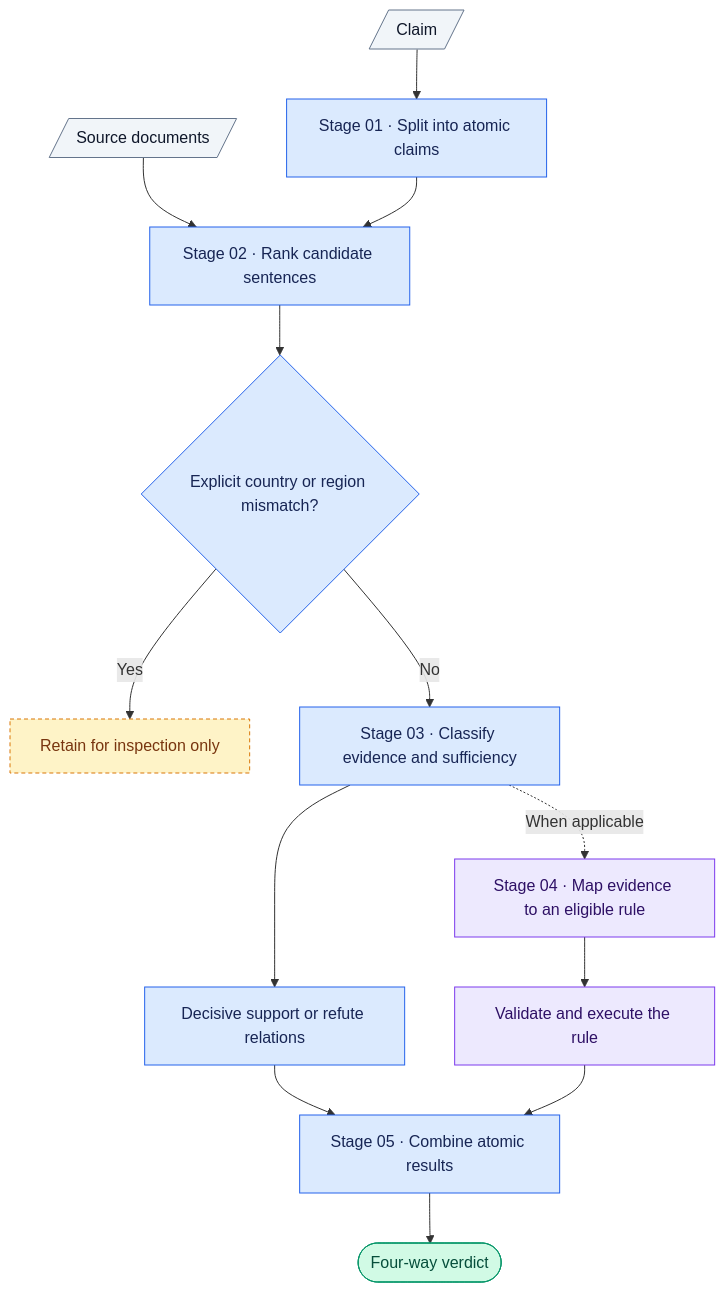
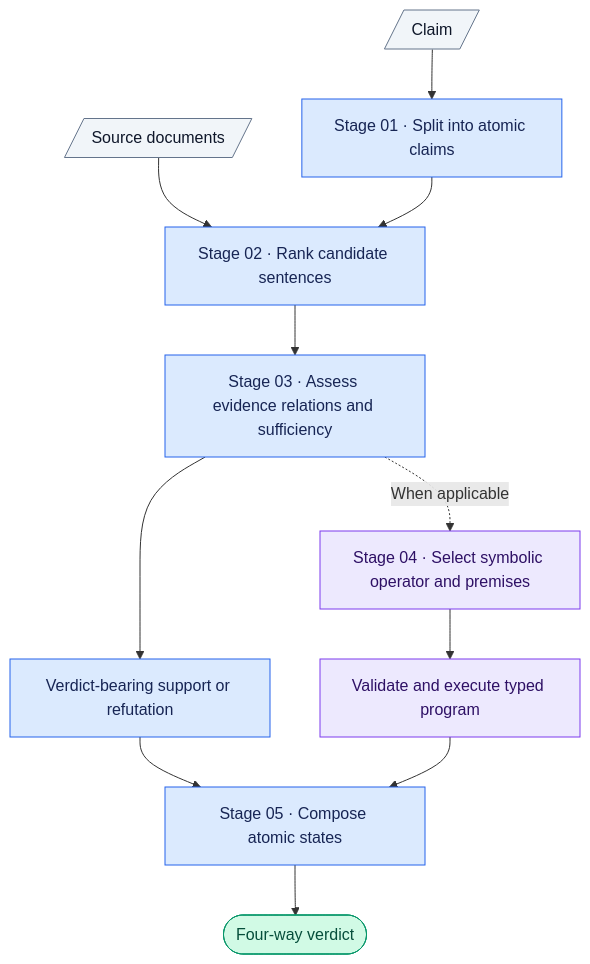
Before and after one commit to daniel-023/VeriNICE: the diagram in README.md, drawn with Mermaid.

````diff
--- a/README.md
+++ b/README.md
@@ -22,33 +22,30 @@
 ```mermaid
 flowchart TB
     claim[/Claim/] --> split["Stage 01 · Split into atomic claims"]
     sources[/Source documents/] --> retrieve["Stage 02 · Rank candidate sentences"]
     split --> retrieve
 
-    retrieve --> scope{"Explicit country or region mismatch?"}
-    scope -->|Yes| excluded["Retain for inspection only"]
-    scope -->|No| assess["Stage 03 · Classify evidence and sufficiency"]
-
-    assess --> relations["Decisive support or refute relations"]
+    retrieve --> assess["Stage 03 · Assess evidence relations and sufficiency"]
+    assess --> relations["Verdict-bearing support or refutation"]
     assess -.->|When applicable| select
 
-    select["Stage 04 · Map evidence to an eligible rule"]
-    execute["Validate and execute the rule"]
+    select["Stage 04 · Select symbolic operator and premises"]
+    execute["Validate and execute typed program"]
     select --> execute
 
-    relations --> compose["Stage 05 · Combine atomic results"]
+    relations --> compose["Stage 05 · Compose atomic states"]
     execute --> compose
     compose --> verdict(["Four-way verdict"])
 
     classDef input fill:#F1F5F9,stroke:#64748B,color:#0F172A;
     classDef stage fill:#DBEAFE,stroke:#2563EB,color:#172554;
     classDef symbolicNode fill:#EDE9FE,stroke:#7C3AED,color:#2E1065;
     classDef output fill:#D1FAE5,stroke:#059669,color:#064E3B;
     classDef excludedStyle fill:#FEF3C7,stroke:#D97706,color:#78350F,stroke-dasharray:4 3;
 
     class claim,sources input;
     class split,retrieve,scope,assess,relations,compose stage;
     class select,execute symbolicNode;
     class verdict output;
     class excluded excludedStyle;
 ```
````
